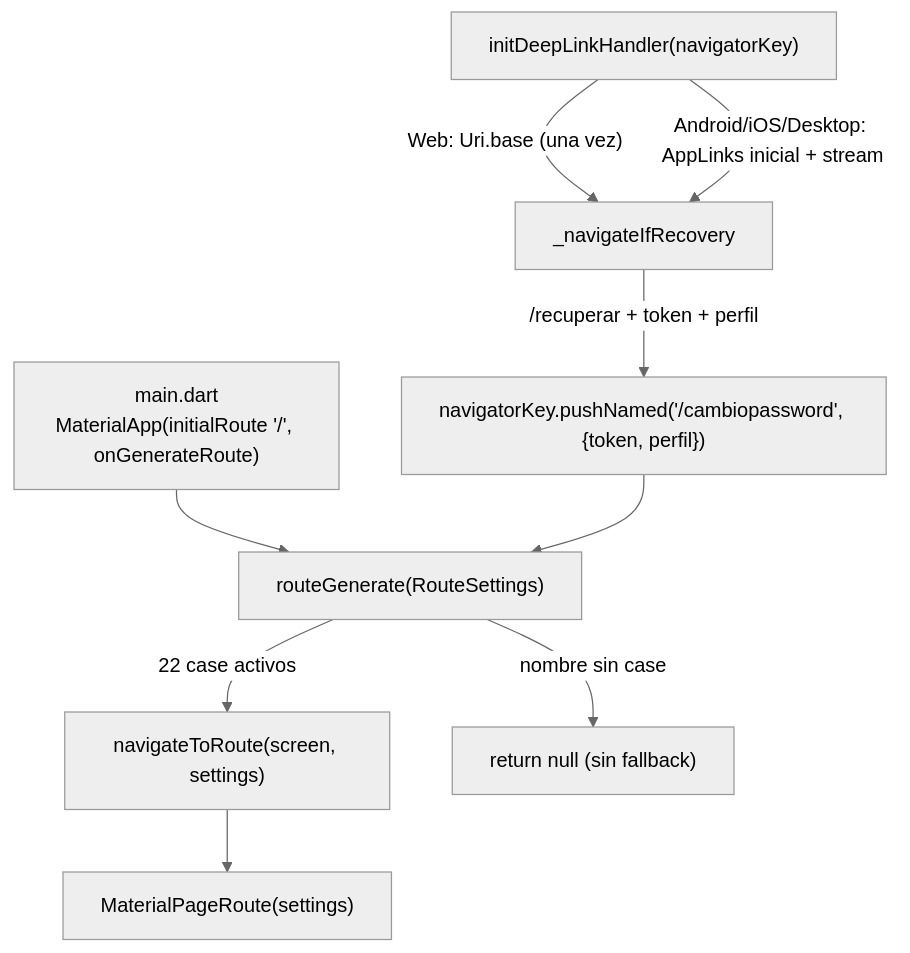
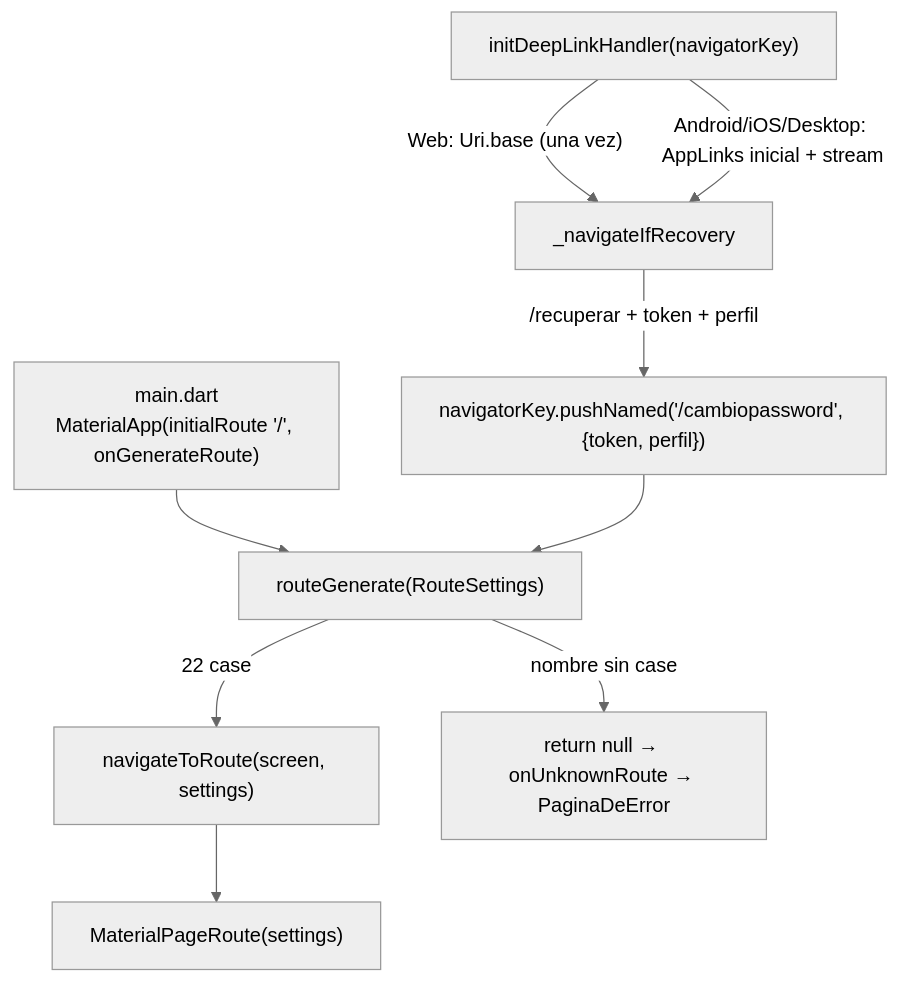
One commit to alfmirbel/buscobien changed the diagram in _documentacion/04_arquitectura_y_diseno/modulos_sdd/07_routes/SDD_07_routes.md. Above: the diagram before and after it, drawn with Mermaid (neutral theme). The commit also changed other lines of this file and 55 other files, not shown here.

````diff
--- a/_documentacion/04_arquitectura_y_diseno/modulos_sdd/07_routes/SDD_07_routes.md
+++ b/_documentacion/04_arquitectura_y_diseno/modulos_sdd/07_routes/SDD_07_routes.md
@@ -15,11 +15,11 @@
 ```mermaid
 flowchart TD
     M["main.dart<br>MaterialApp(initialRoute '/', onGenerateRoute)"] --> RG["routeGenerate(RouteSettings)"]
-    RG -->|"22 case activos"| NR["navigateToRoute(screen, settings)"]
+    RG -->|"22 case"| NR["navigateToRoute(screen, settings)"]
     NR --> MPR["MaterialPageRoute(settings)"]
-    RG -->|"nombre sin case"| NULL["return null (sin fallback)"]
+    RG -->|"nombre sin case"| NULL["return null → onUnknownRoute → PaginaDeError"]
     DL["initDeepLinkHandler(navigatorKey)"] -->|"Web: Uri.base (una vez)"| NIR["_navigateIfRecovery"]
     DL -->|"Android/iOS/Desktop: AppLinks inicial + stream"| NIR
     NIR -->|"/recuperar + token + perfil"| PN["navigatorKey.pushNamed('/cambiopassword', {token, perfil})"]
     PN --> RG
 ```
````
